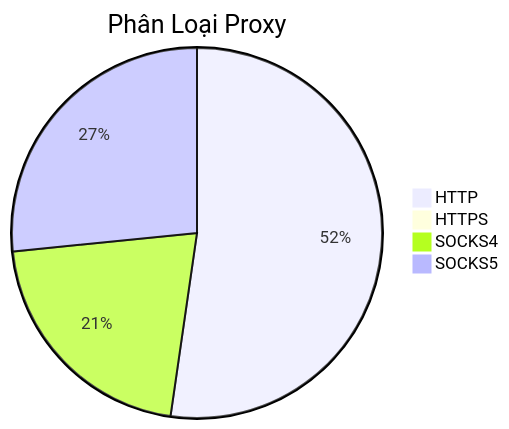
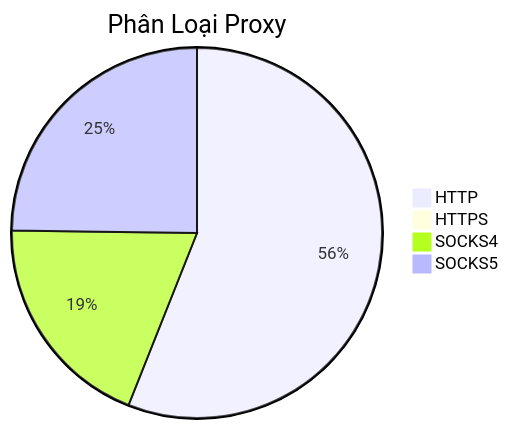
One commit to Ciara-12/PROXY-free changed the diagram in README.md. Above: the diagram before and after it, drawn with Mermaid. The commit also changed other lines of this file and 4 other files, not shown here.

````diff
--- a/README.md
+++ b/README.md
@@ -26,7 +26,7 @@
 ```mermaid
 pie title Phân Loại Proxy
-    "HTTP" : 629
-    "HTTPS" : 1
-    "SOCKS4" : 254
-    "SOCKS5" : 320
+    "HTTP" : 809
+    "HTTPS" : 2
+    "SOCKS4" : 277
+    "SOCKS5" : 358
 ```
````
